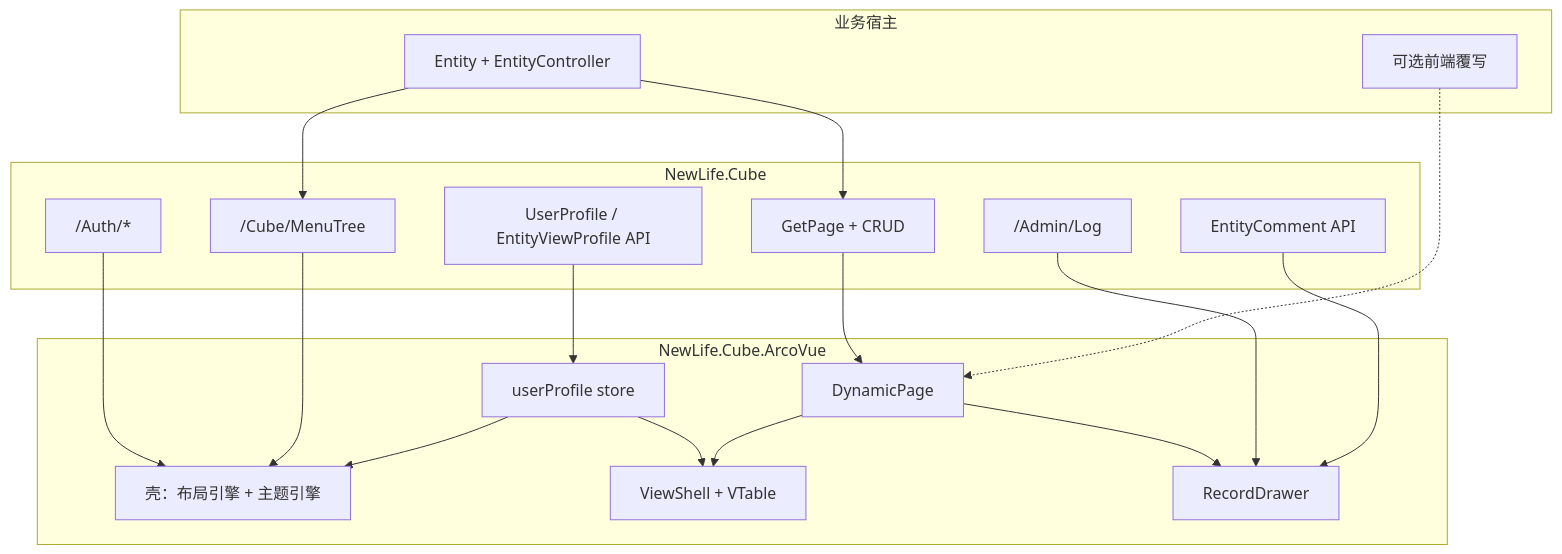
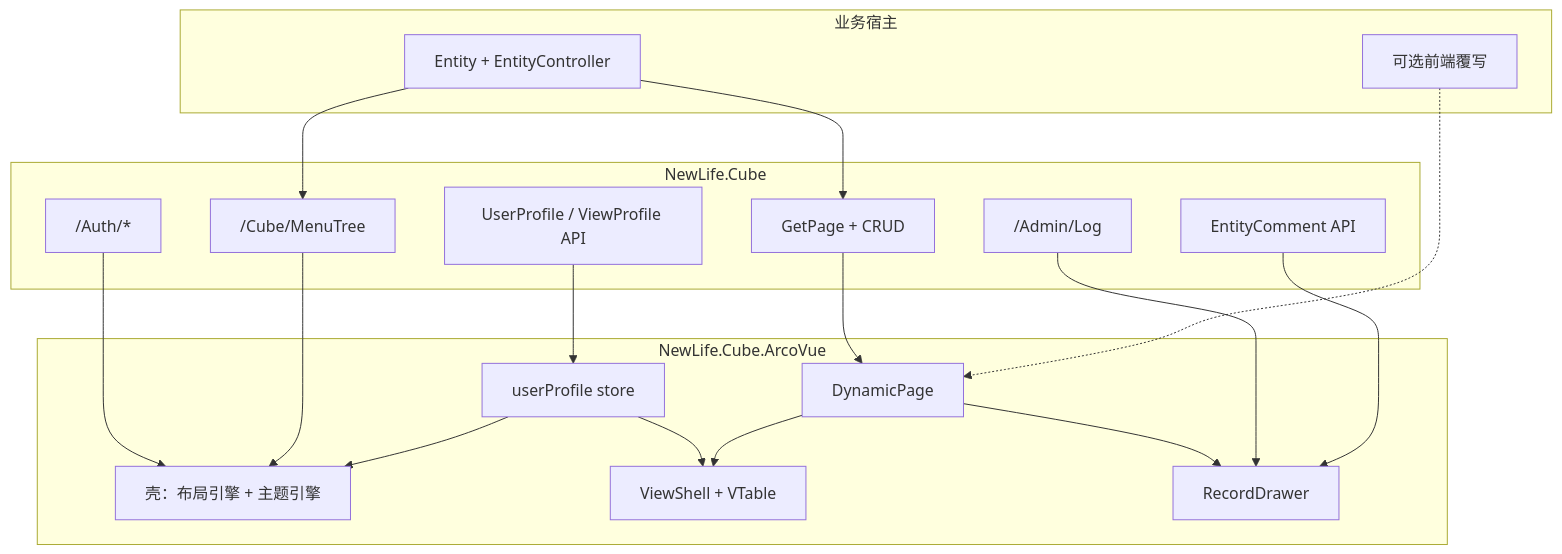
One commit to NewLifeX/NewLife.Cube changed the diagram in Doc/Api/ArcoVue企业中后台迁移方案.md. Above: the diagram before and after it, drawn with Mermaid. The commit also changed other lines of this file and 5 other files, not shown here.

Commit message:
文档：同步 ViewProfile 与 ArcoVue 方案说明

````diff
--- a/Doc/Api/ArcoVue企业中后台迁移方案.md
+++ b/Doc/Api/ArcoVue企业中后台迁移方案.md
@@ -168,35 +170,35 @@
 ```mermaid
 flowchart TB
   subgraph host [业务宿主]
     BizEntity["Entity + EntityController"]
     Override["可选前端覆写"]
   end
   subgraph cube [NewLife.Cube]
     Auth["/Auth/*"]
     Menu["/Cube/MenuTree"]
     Page["GetPage + CRUD"]
-    PrefApi["UserProfile / EntityViewProfile API"]
+    PrefApi["UserProfile / ViewProfile API"]
     CommentApi["EntityComment API"]
     LogApi["/Admin/Log"]
   end
   subgraph arco [NewLife.Cube.ArcoVue]
     Shell["壳：布局引擎 + 主题引擎"]
     Dynamic["DynamicPage"]
     ViewShell["ViewShell + VTable"]
     Drawer["RecordDrawer"]
     PrefStore["userProfile store"]
   end
   BizEntity --> Page
   BizEntity --> Menu
   Auth --> Shell
   Menu --> Shell
   PrefApi --> PrefStore
   PrefStore --> Shell
   PrefStore --> ViewShell
   Page --> Dynamic
   Dynamic --> ViewShell
   Dynamic --> Drawer
   LogApi --> Drawer
   CommentApi --> Drawer
   Override -.-> Dynamic
 ```
````
